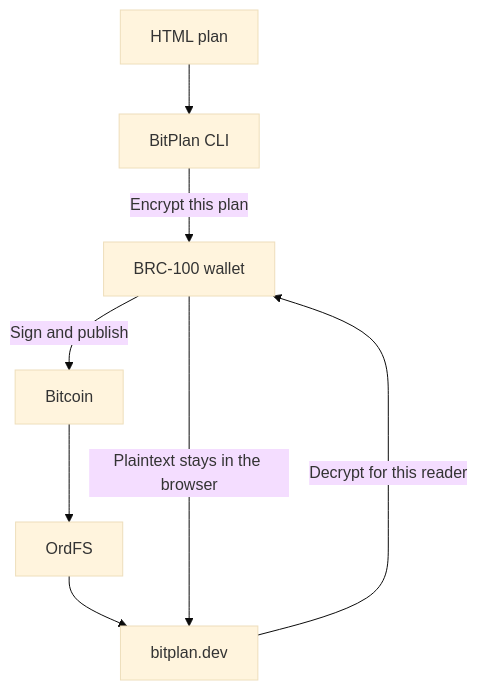
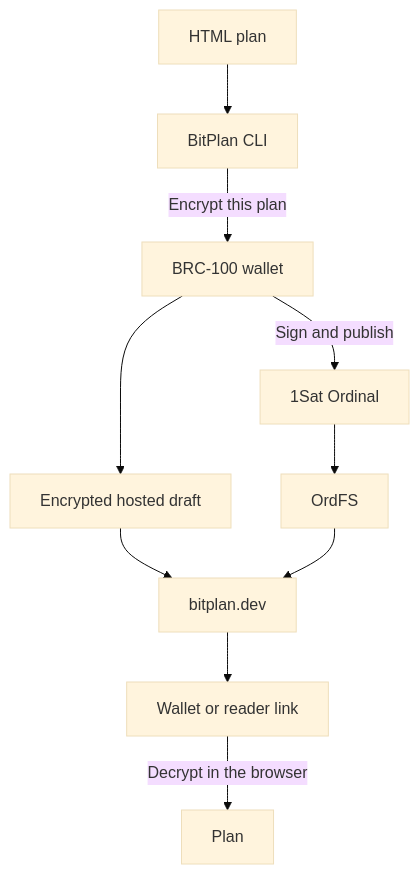
One commit to opldotdev/bitplan.dev changed the first of 3 diagrams in README.md. Above: the diagram before and after it, drawn with Mermaid (base theme). The commit also changed other lines of this file and 22 other files, not shown here.

````diff
--- a/README.md
+++ b/README.md
@@ -30,10 +38,12 @@
 ```mermaid
 flowchart TD
     Plan[HTML plan] --> CLI[BitPlan CLI]
     CLI -->|Encrypt this plan| Wallet[BRC-100 wallet]
-    Wallet -->|Sign and publish| Bitcoin[Bitcoin]
+    Wallet --> Hosted[Encrypted hosted draft]
+    Wallet -->|Sign and publish| Bitcoin[1Sat Ordinal]
+    Hosted --> Site[bitplan.dev]
     Bitcoin --> OrdFS[OrdFS]
     OrdFS --> Site[bitplan.dev]
-    Site -->|Decrypt for this reader| Wallet
-    Wallet -->|Plaintext stays in the browser| Site
+    Site --> WalletOrLink[Wallet or reader link]
+    WalletOrLink -->|Decrypt in the browser| Plaintext[Plan]
 ```
````
